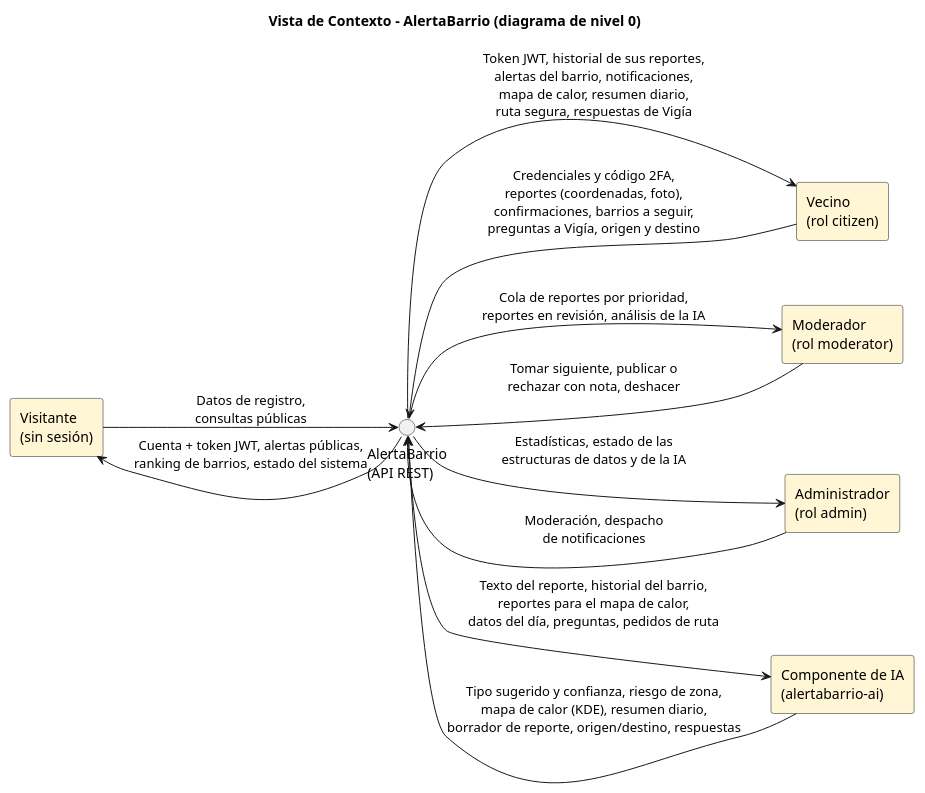
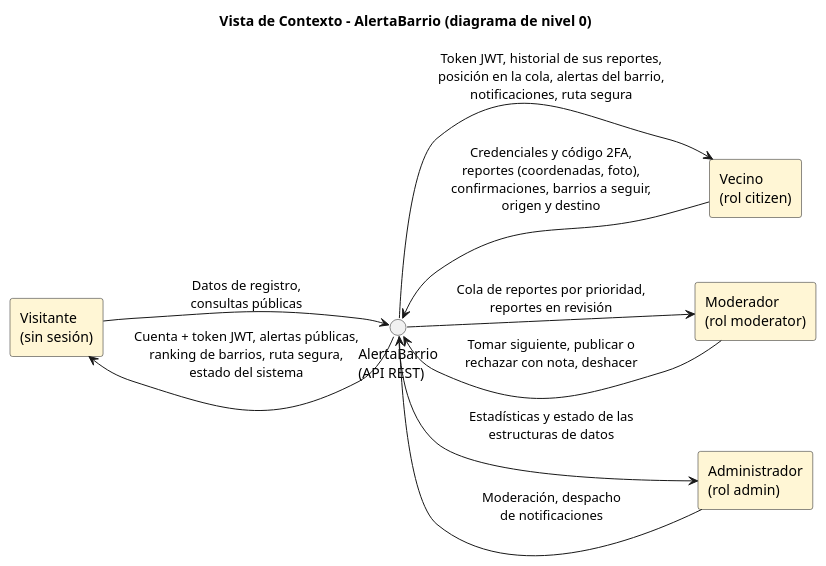
The diagram in docs/diagramas/1_vista_contexto.puml (neber18/AlertaBarrio-Diseno-de-Software), drawn with PlantUML before and after one commit. The commit also changed 31 other files, not shown here.

Commit message:
docs: README, wiki, historias y diagramas 4+1 sin el componente de IA

```diff
--- a/docs/diagramas/1_vista_contexto.puml
+++ b/docs/diagramas/1_vista_contexto.puml
@@ -1,28 +1,24 @@
 @startuml Vista_Contexto_AlertaBarrio
 title Vista de Contexto - AlertaBarrio (diagrama de nivel 0)
 skinparam rectangleBackgroundColor #FFF6D5
 skinparam circleBackgroundColor #DDEBFF
 left to right direction
 
 rectangle "Visitante\n(sin sesión)" as VI
 rectangle "Vecino\n(rol citizen)" as V
 circle "AlertaBarrio\n(API REST)" as S
 rectangle "Moderador\n(rol moderator)" as M
 rectangle "Administrador\n(rol admin)" as AD
-rectangle "Componente de IA\n(alertabarrio-ai)" as IA
 
 VI --> S : Datos de registro,\nconsultas públicas
-S --> VI : Cuenta + token JWT, alertas públicas,\nranking de barrios, estado del sistema
+S --> VI : Cuenta + token JWT, alertas públicas,\nranking de barrios, ruta segura,\nestado del sistema
 
-V --> S : Credenciales y código 2FA,\nreportes (coordenadas, foto),\nconfirmaciones, barrios a seguir,\npreguntas a Vigía, origen y destino
-S --> V : Token JWT, historial de sus reportes,\nalertas del barrio, notificaciones,\nmapa de calor, resumen diario,\nruta segura, respuestas de Vigía
+V --> S : Credenciales y código 2FA,\nreportes (coordenadas, foto),\nconfirmaciones, barrios a seguir,\norigen y destino
+S --> V : Token JWT, historial de sus reportes,\nposición en la cola, alertas del barrio,\nnotificaciones, ruta segura
 
-S --> M : Cola de reportes por prioridad,\nreportes en revisión, análisis de la IA
+S --> M : Cola de reportes por prioridad,\nreportes en revisión
 M --> S : Tomar siguiente, publicar o\nrechazar con nota, deshacer
 
-S --> AD : Estadísticas, estado de las\nestructuras de datos y de la IA
+S --> AD : Estadísticas y estado de las\nestructuras de datos
 AD --> S : Moderación, despacho\nde notificaciones
-
-S --> IA : Texto del reporte, historial del barrio,\nreportes para el mapa de calor,\ndatos del día, preguntas, pedidos de ruta
-IA --> S : Tipo sugerido y confianza, riesgo de zona,\nmapa de calor (KDE), resumen diario,\nborrador de reporte, origen/destino, respuestas
 @enduml
```
